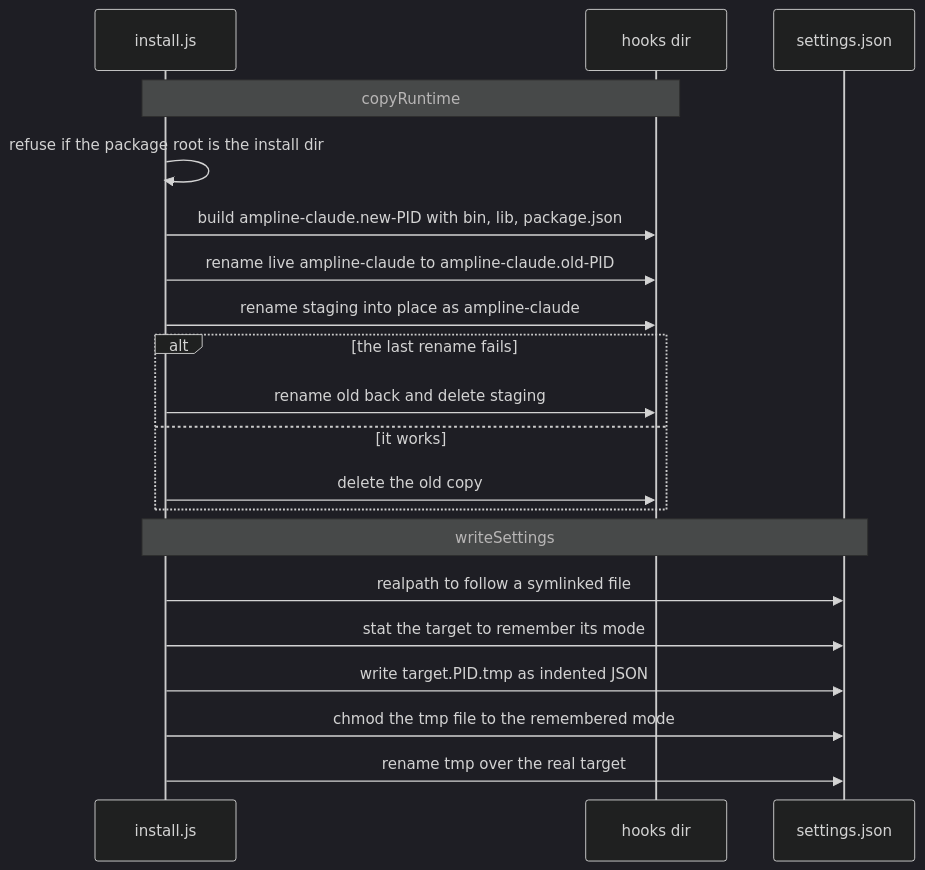
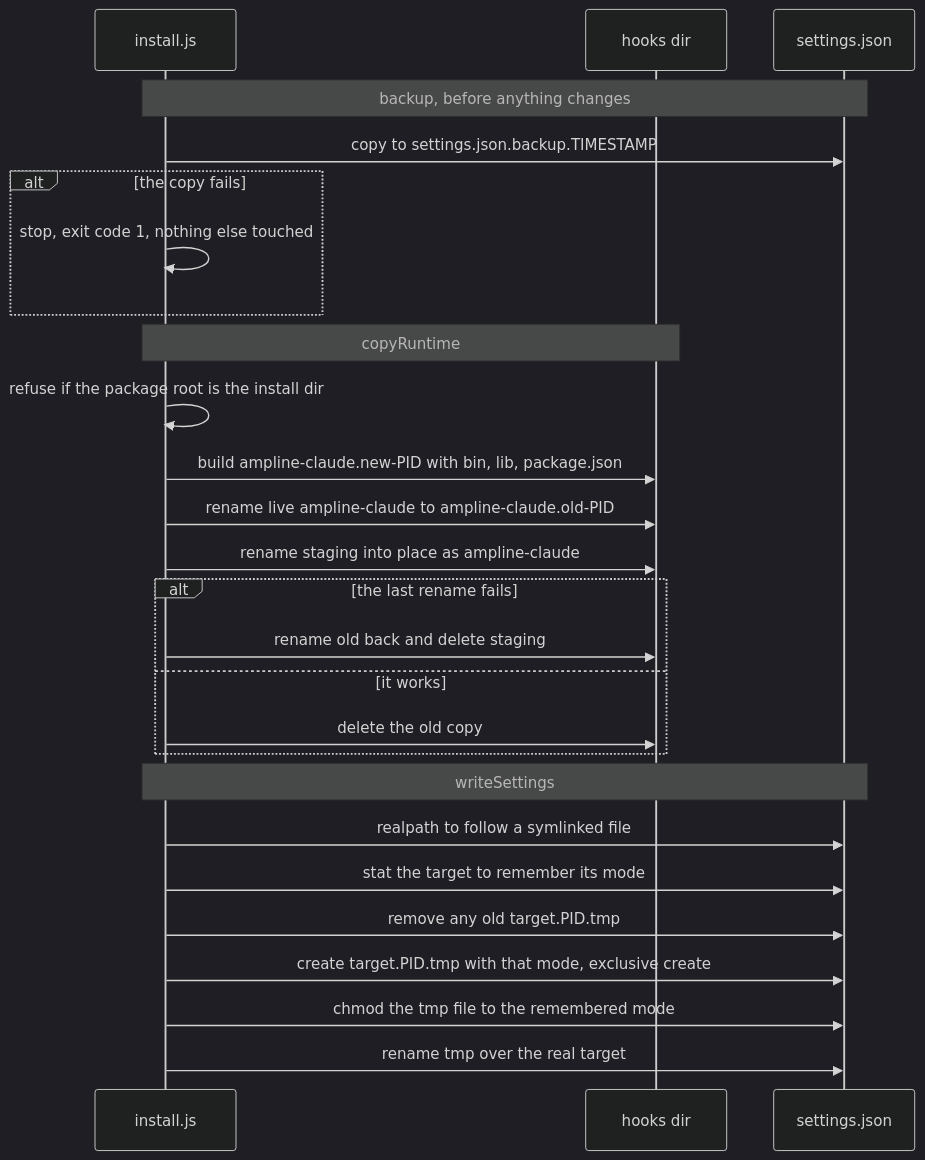
The third of 4 diagrams in diagrams/install-flow.md (carterptull/ampline-claude), drawn with Mermaid (dark theme) before and after one commit. The commit also changed other lines of this file and 6 other files, not shown here.

First line of the commit message:
docs: refresh the install diagram, record the 1.0 limits and drop audit ids

````diff
--- a/diagrams/install-flow.md
+++ b/diagrams/install-flow.md
@@ -86,24 +102,31 @@
 ```mermaid
 sequenceDiagram
     participant I as install.js
     participant H as hooks dir
     participant S as settings.json
+
+    Note over I,S: backup, before anything changes
+    I->>S: copy to settings.json.backup.TIMESTAMP
+    alt the copy fails
+        I->>I: stop, exit code 1, nothing else touched
+    end
 
     Note over I,H: copyRuntime
     I->>I: refuse if the package root is the install dir
     I->>H: build ampline-claude.new-PID with bin, lib, package.json
     I->>H: rename live ampline-claude to ampline-claude.old-PID
     I->>H: rename staging into place as ampline-claude
     alt the last rename fails
         I->>H: rename old back and delete staging
     else it works
         I->>H: delete the old copy
     end
 
     Note over I,S: writeSettings
     I->>S: realpath to follow a symlinked file
     I->>S: stat the target to remember its mode
-    I->>S: write target.PID.tmp as indented JSON
+    I->>S: remove any old target.PID.tmp
+    I->>S: create target.PID.tmp with that mode, exclusive create
     I->>S: chmod the tmp file to the remembered mode
     I->>S: rename tmp over the real target
 ```
````
